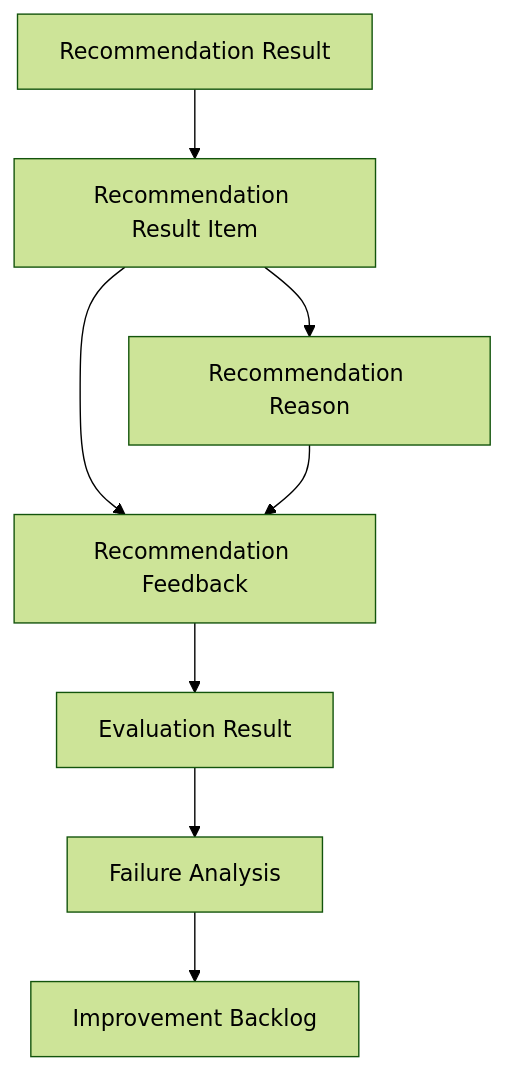
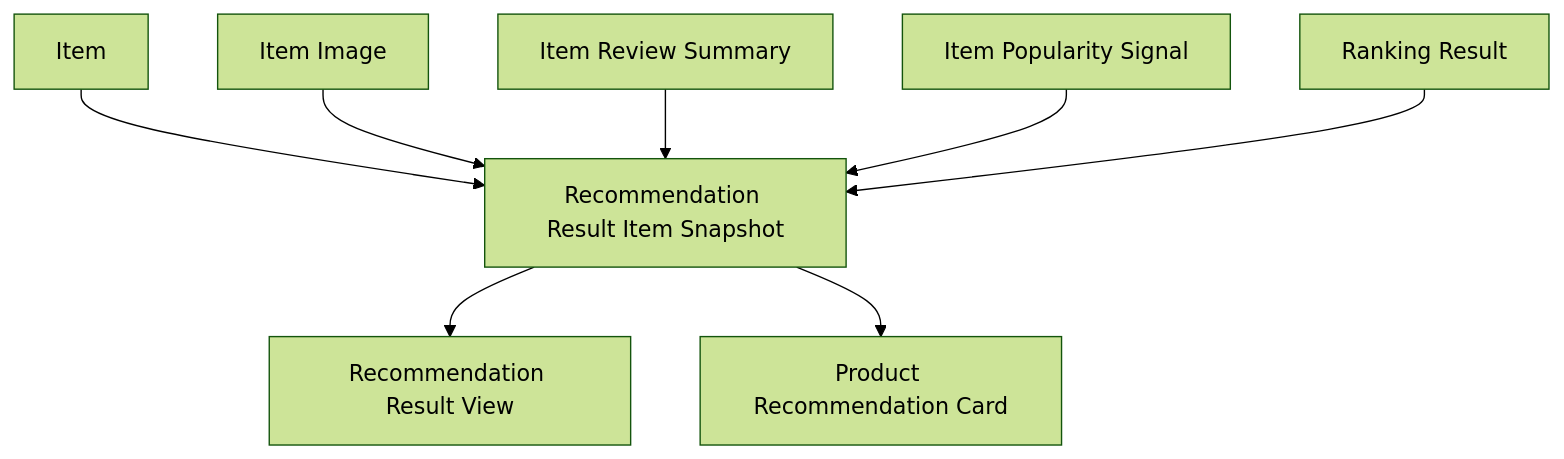
The third of 3 diagrams in docs/05_アプリケーション設計/アプリ/database/リソース一覧.md (ryo-chan-k6/GiftRecommendAPP_MVP_CYCLE_3), drawn with Mermaid (forest theme) before and after one commit. The commit also changed other lines of this file, not shown here.

Commit message:
ドキュメントを更新し、Gift Recommendation Service MVPにおけるリソースの定義と分類を明確化。各リソースの概要、管理主体、利用区分を整理し、今後の開発に向けた指針を提供。これにより、システム全体の設計基盤が強化された。

````diff
--- a/docs/05_アプリケーション設計/アプリ/database/リソース一覧.md
+++ b/docs/05_アプリケーション設計/アプリ/database/リソース一覧.md
@@ -476,10 +929,10 @@
 ```mermaid
 flowchart TD
-    A[Recommendation Result] --> B[Recommendation Result Item]
-    B --> C[Recommendation Reason]
-    B --> D[Recommendation Feedback]
-    C --> D
-    D --> E[Evaluation Result]
-    E --> F[Failure Analysis]
-    F --> G[Improvement Backlog]
+    A[Item] --> E[Recommendation Result Item Snapshot]
+    B[Item Image] --> E
+    C[Item Review Summary] --> E
+    D[Item Popularity Signal] --> E
+    F[Ranking Result] --> E
+    E --> G[Recommendation Result View]
+    E --> H[Product Recommendation Card]
 ```
````
